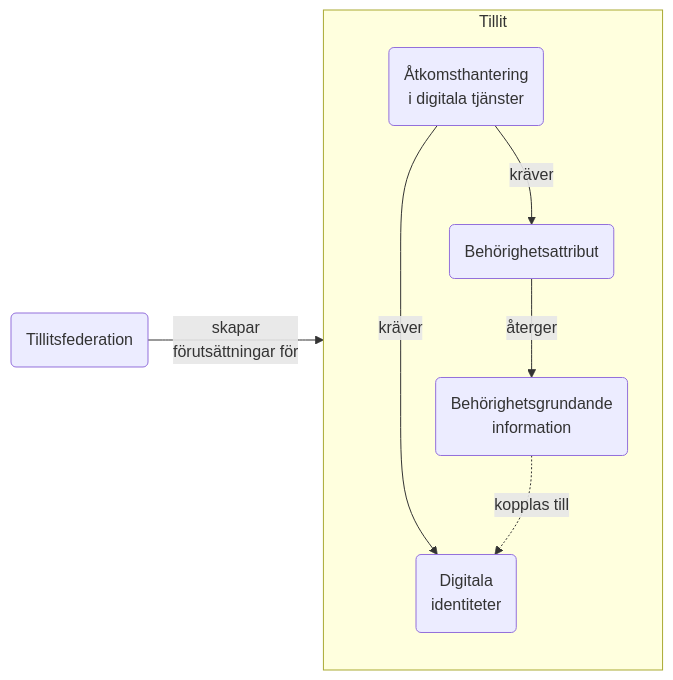
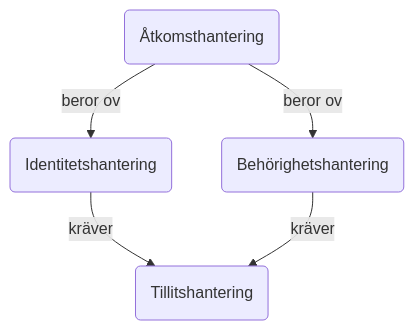
The first of 5 diagrams in architecture/drafts/IAM_TargetArchitecture_Sweden.md (diggsweden/ena-authorization), drawn with Mermaid before and after one commit. The commit also changed other lines of this file, not shown here.

````diff
--- a/architecture/drafts/IAM_TargetArchitecture_Sweden.md
+++ b/architecture/drafts/IAM_TargetArchitecture_Sweden.md
@@ -7,15 +7,9 @@
 ```mermaid
-graph LR
-subgraph TS[Tillit]
-    ID(Digitala\n identiteter) 
-    B(Behörighetsgrundande\ninformation)
-    BM(Behörighetsattribut)
-    Å(Åtkomsthantering \ni digitala tjänster)
-end
+graph TD
+Å(Åtkomsthantering)
+I(Identitetshantering)
+B(Behörighetshantering)
+T(Tillitshantering)
 
-Å --kräver--> ID
-T(Tillitsfederation) --skapar\n förutsättningar för --> TS
-B -.kopplas till.->ID
-Å --kräver--> BM
-BM --återger--> B
+Å--beror ov-->I & B--kräver-->T
 ```
````
